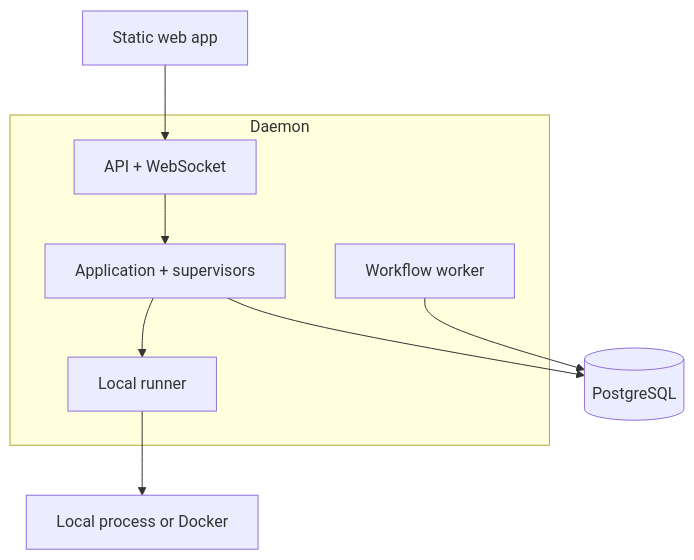
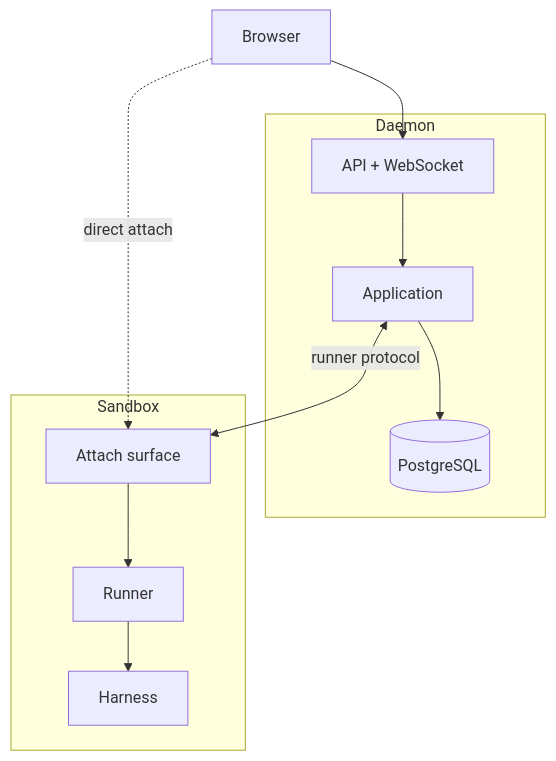
Before and after one commit to shaielc/code-winch: the third of 3 diagrams in docs/architecture.md, drawn with Mermaid. The commit also changed other lines of this file and 14 other files, not shown here.

Commit message:
pivot roadmap

````diff
--- a/docs/architecture.md
+++ b/docs/architecture.md
@@ -178,15 +260,13 @@
 ```mermaid
 flowchart TB
+  WEB[Browser] --> API[API + WebSocket]
+  WEB -.direct attach.-> ATT
   subgraph Daemon
-    API[API + WebSocket]
-    APP[Application + supervisors]
-    RUN[Local runner]
-    WORK[Workflow worker]
+    API --> APP[Application]
+    APP --> DB[(PostgreSQL)]
   end
-  WEB[Static web app] --> API
-  API --> APP
-  APP --> RUN
-  APP --> DB[(PostgreSQL)]
-  WORK --> DB
-  RUN --> PROC[Local process or Docker]
+  APP <-->|runner protocol| ATT
+  subgraph Sandbox
+    ATT[Attach surface] --> RUN[Runner] --> H[Harness]
+  end
 ```
````
